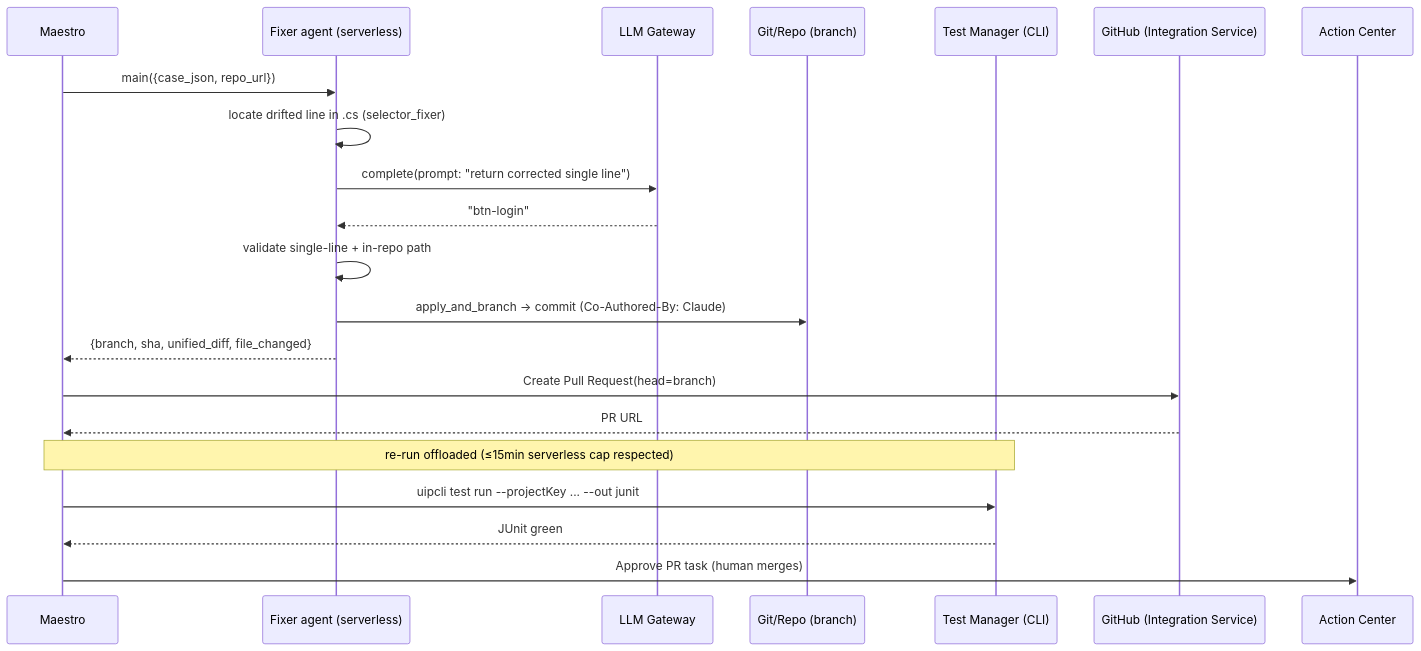
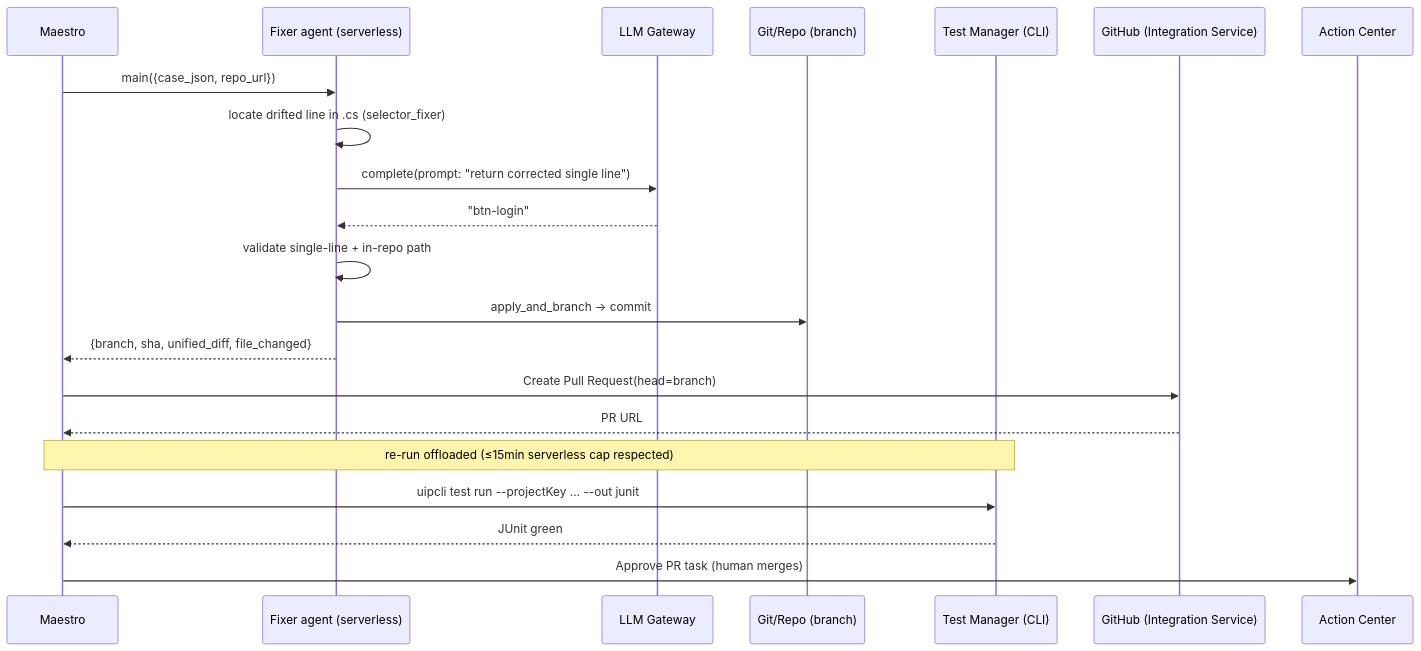
The third of 4 diagrams in docs/SYSTEM-DESIGN.md (Rayyan9477/TestPilot-QA-for-AI-Agents), drawn with Mermaid before and after one commit. The commit also changed other lines of this file and 36 other files, not shown here.

````diff
--- a/docs/SYSTEM-DESIGN.md
+++ b/docs/SYSTEM-DESIGN.md
@@ -159,23 +159,23 @@
 ```mermaid
 sequenceDiagram
     participant M as Maestro
     participant FX as Fixer agent (serverless)
     participant LG as LLM Gateway
     participant GIT as Git/Repo (branch)
     participant TM as Test Manager (CLI)
     participant GH as GitHub (Integration Service)
     participant AC as Action Center
     M->>FX: main({case_json, repo_url})
     FX->>FX: locate drifted line in .cs (selector_fixer)
     FX->>LG: complete(prompt: "return corrected single line")
     LG-->>FX: "btn-login"
     FX->>FX: validate single-line + in-repo path
-    FX->>GIT: apply_and_branch → commit (Co-Authored-By: Claude)
+    FX->>GIT: apply_and_branch → commit
     FX-->>M: {branch, sha, unified_diff, file_changed}
     M->>GH: Create Pull Request(head=branch)
     GH-->>M: PR URL
     Note over M,TM: re-run offloaded (≤15min serverless cap respected)
     M->>TM: uipcli test run --projectKey ... --out junit
     TM-->>M: JUnit green
     M->>AC: Approve PR task (human merges)
 ```
````
